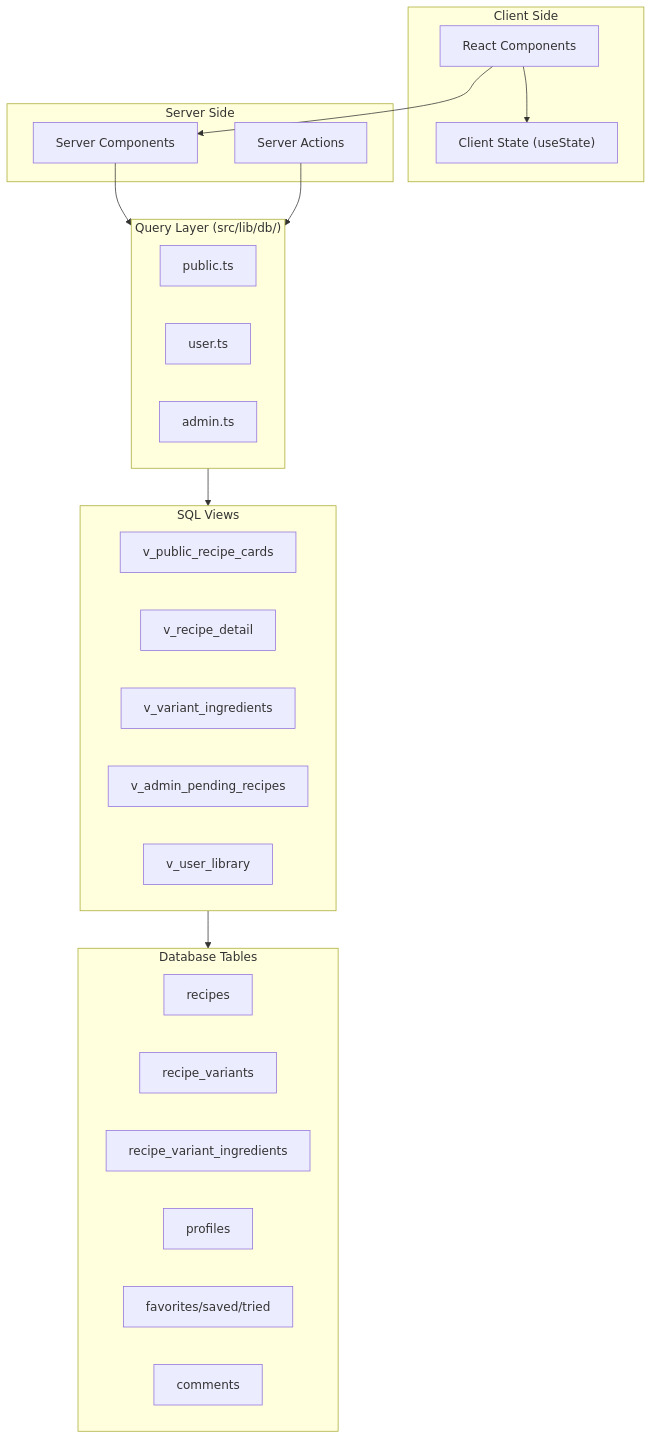
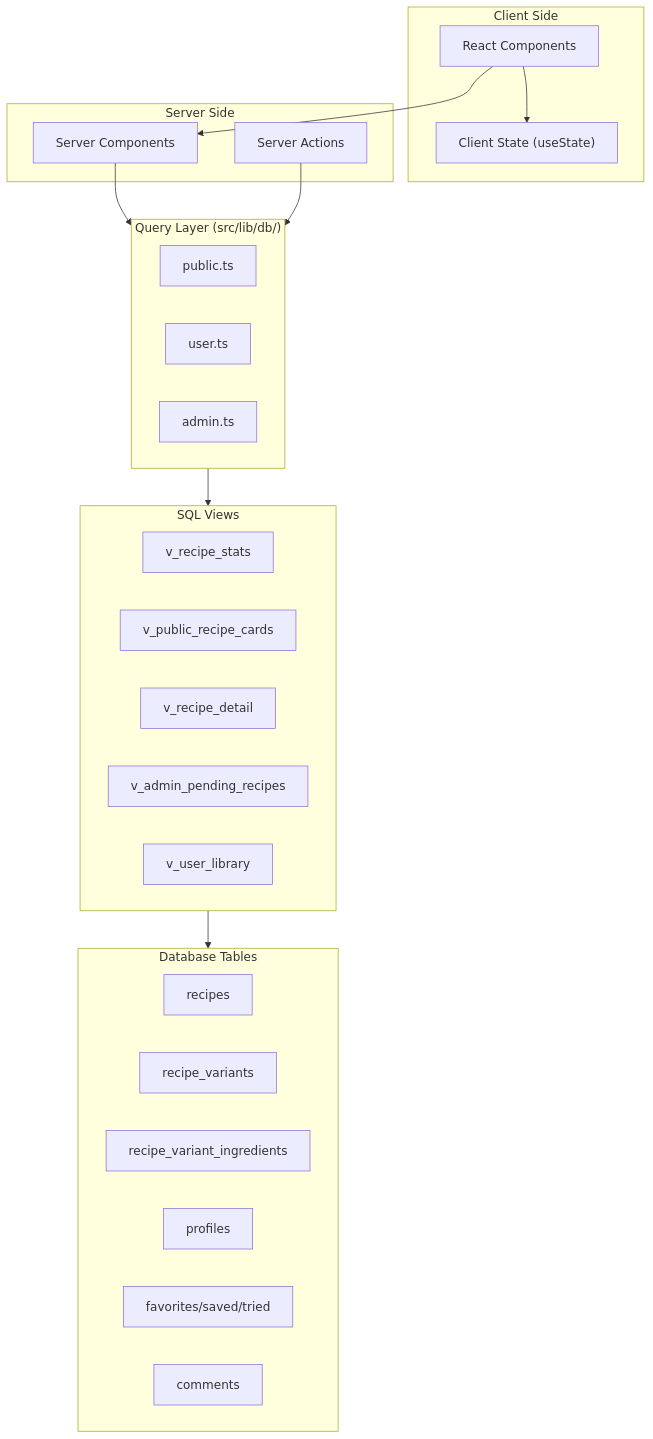
The fifth of 6 diagrams in README.md (NurhayatYurtaslan/recipio), drawn with Mermaid before and after one commit. The commit also changed other lines of this file, not shown here.

Commit message:
docs: update README.md to reflect changes in database schema, component integration, and SQL views for improved recipe management and user experience

````diff
--- a/README.md
+++ b/README.md
@@ -284,42 +282,42 @@
 ```mermaid
 flowchart TB
     subgraph Client["Client Side"]
         RC["React Components"]
         CS["Client State (useState)"]
     end
     
     subgraph Server["Server Side"]
         SC["Server Components"]
         SA["Server Actions"]
     end
     
     subgraph QueryLayer["Query Layer (src/lib/db/)"]
         Public["public.ts"]
         User["user.ts"]
         Admin["admin.ts"]
     end
     
     subgraph Views["SQL Views"]
-        V1["v_public_recipe_cards"]
-        V2["v_recipe_detail"]
-        V3["v_variant_ingredients"]
+        V1["v_recipe_stats"]
+        V2["v_public_recipe_cards"]
+        V3["v_recipe_detail"]
         V4["v_admin_pending_recipes"]
         V5["v_user_library"]
     end
     
     subgraph Tables["Database Tables"]
         T1["recipes"]
         T2["recipe_variants"]
         T3["recipe_variant_ingredients"]
         T4["profiles"]
         T5["favorites/saved/tried"]
         T6["comments"]
     end
     
     RC --> CS
     RC --> SC
     SC --> QueryLayer
     SA --> QueryLayer
     QueryLayer --> Views
     Views --> Tables
 ```
````
